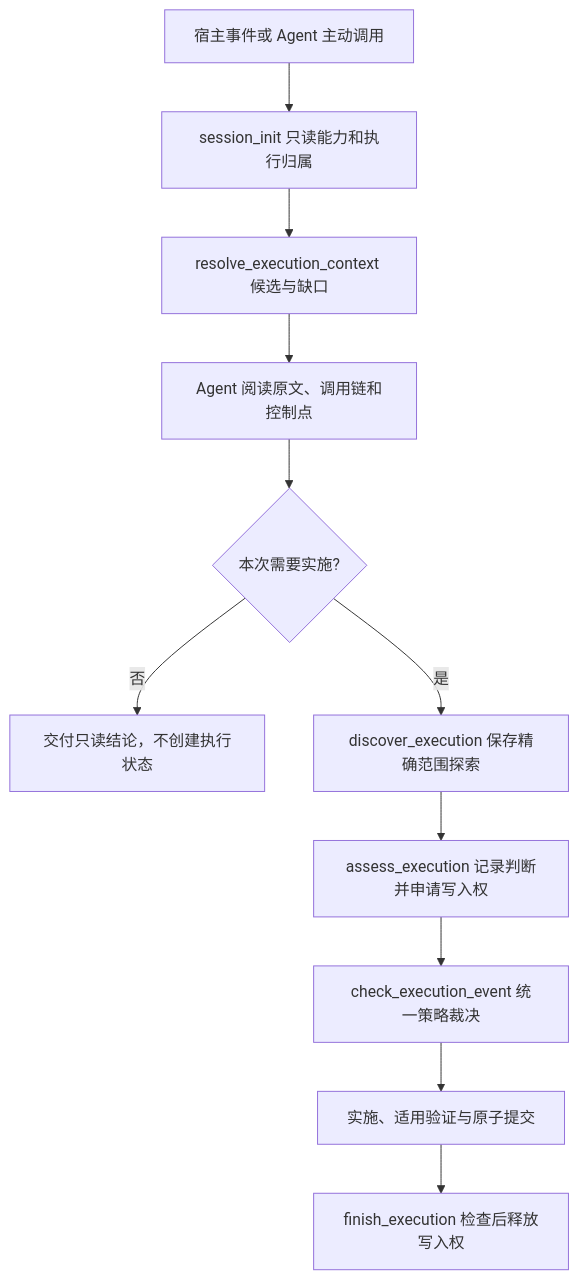
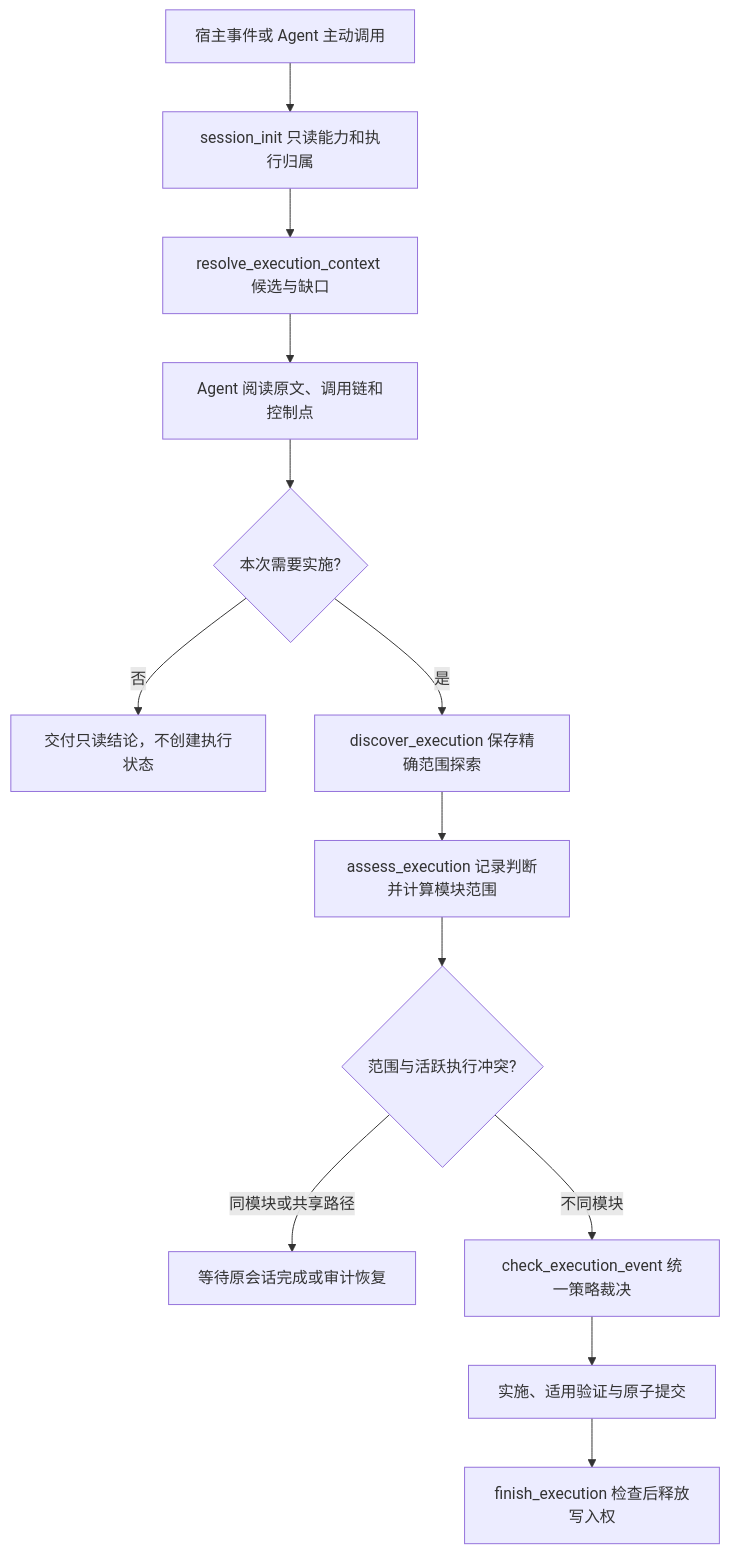
Before and after one commit to exception-coder/kai-toolbox: the first of 6 diagrams in docs/ai-coding-architecture.md, drawn with Mermaid. The commit also changed other lines of this file and 12 other files, not shown here.

````diff
--- a/docs/ai-coding-architecture.md
+++ b/docs/ai-coding-architecture.md
@@ -44,13 +44,15 @@
 ```mermaid
 flowchart TD
     HOST["宿主事件或 Agent 主动调用"] --> INIT["session_init 只读能力和执行归属"]
     INIT --> CONTEXT["resolve_execution_context 候选与缺口"]
     CONTEXT --> AGENT["Agent 阅读原文、调用链和控制点"]
     AGENT --> INTENT{"本次需要实施?"}
     INTENT -->|"否"| ANSWER["交付只读结论，不创建执行状态"]
     INTENT -->|"是"| DISCOVER["discover_execution 保存精确范围探索"]
-    DISCOVER --> ASSESS["assess_execution 记录判断并申请写入权"]
-    ASSESS --> EVENT["check_execution_event 统一策略裁决"]
+    DISCOVER --> ASSESS["assess_execution 记录判断并计算模块范围"]
+    ASSESS --> CLAIM{"范围与活跃执行冲突?"}
+    CLAIM -->|"同模块或共享路径"| WAIT["等待原会话完成或审计恢复"]
+    CLAIM -->|"不同模块"| EVENT["check_execution_event 统一策略裁决"]
     EVENT --> EDIT["实施、适用验证与原子提交"]
     EDIT --> FINISH["finish_execution 检查后释放写入权"]
 ```
````
